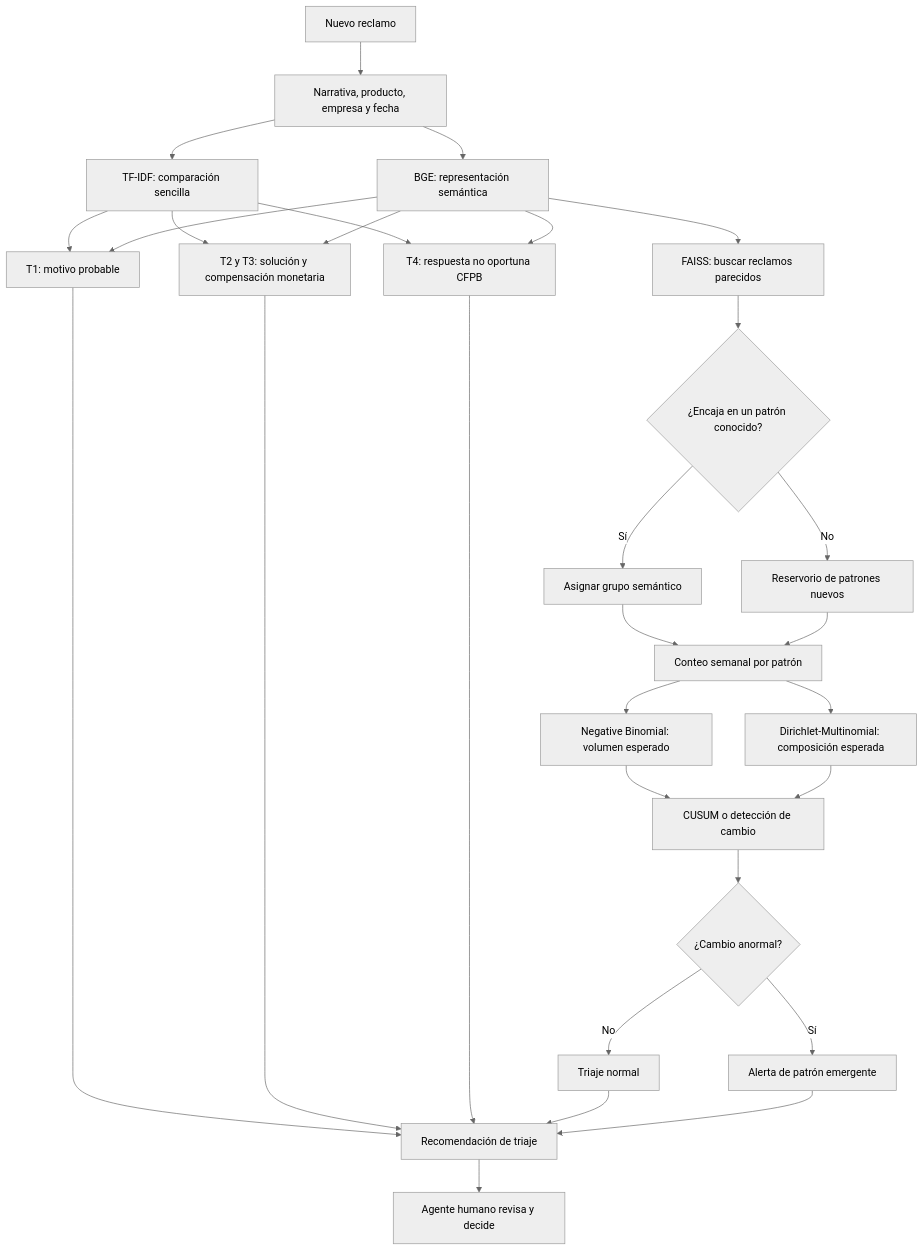
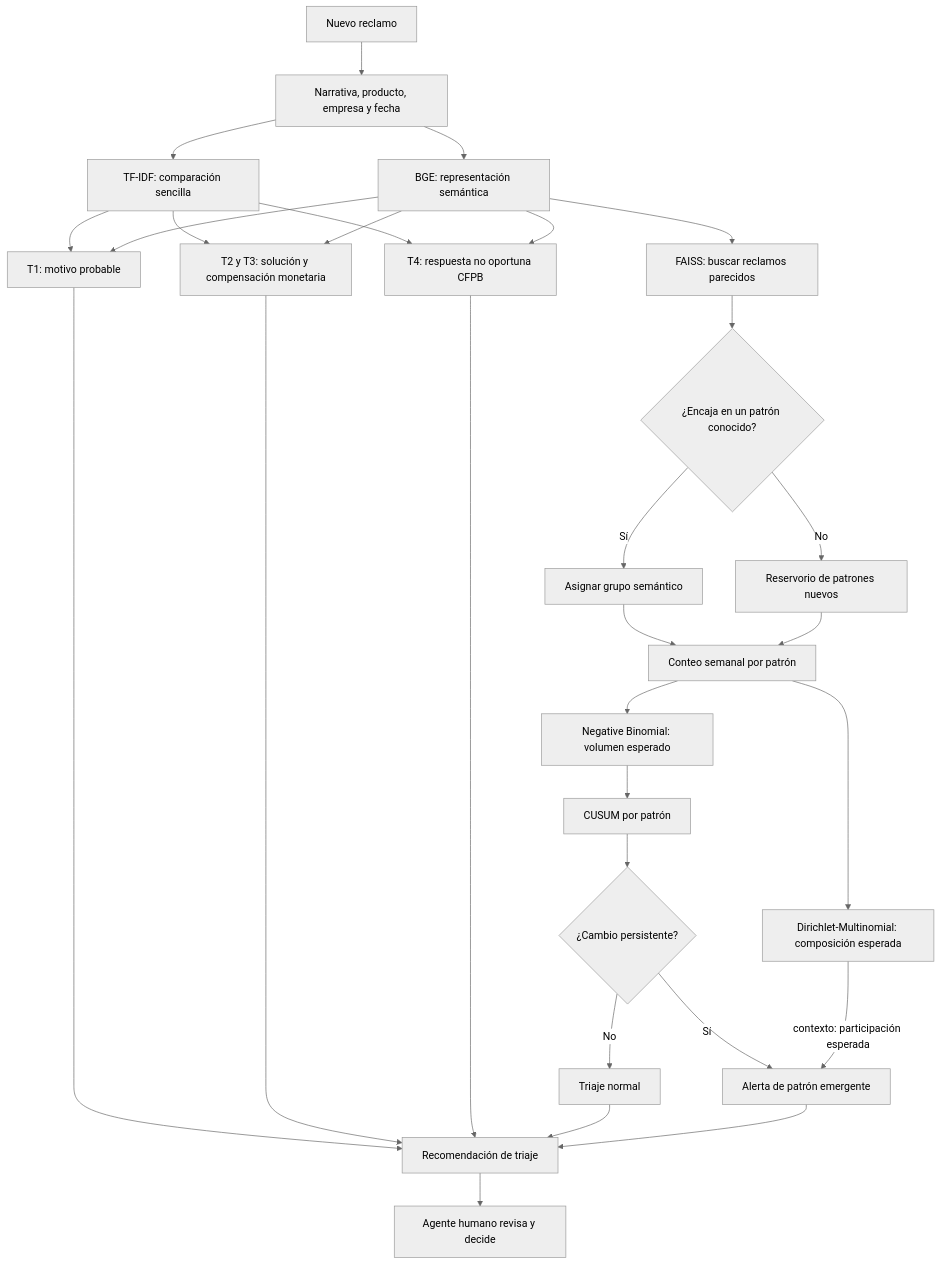
One commit to Codenid/capstone-claims-triage changed the diagram in docs/modelos.md. Above: the diagram before and after it, drawn with Mermaid (neutral theme). The commit also changed other lines of this file and 2 other files, not shown here.

Commit message:
Use M10 as alert context in M12 instead of a CUSUM input
For each pattern DM-R4 expects the same count as M9, so it adds the joint
composition view: M12 shows the observed share against DM-R4's expected share
and 95% interval. The diagrams no longer feed M10 into the CUSUM.

````diff
--- a/docs/modelos.md
+++ b/docs/modelos.md
@@ -57,39 +57,39 @@
 ```mermaid
 flowchart TD
     A[Nuevo reclamo] --> B[Narrativa, producto, empresa y fecha]
 
     B --> C0[TF-IDF: comparación sencilla]
     B --> C1[BGE: representación semántica]
 
     C0 --> D[T1: motivo probable]
     C1 --> D
     C0 --> E[T2 y T3: solución y compensación monetaria]
     C1 --> E
     C0 --> F[T4: respuesta no oportuna CFPB]
     C1 --> F
 
     C1 --> G[FAISS: buscar reclamos parecidos]
     G --> H{¿Encaja en un patrón conocido?}
     H -->|Sí| I[Asignar grupo semántico]
     H -->|No| J[Reservorio de patrones nuevos]
 
     I --> K[Conteo semanal por patrón]
     J --> K
 
     K --> L[Negative Binomial: volumen esperado]
     K --> M[Dirichlet-Multinomial: composición esperada]
-    L --> N[CUSUM o detección de cambio]
-    M --> N
+    L --> N[CUSUM por patrón]
 
-    N --> O{¿Cambio anormal?}
+    N --> O{¿Cambio persistente?}
     O -->|No| P[Triaje normal]
     O -->|Sí| Q[Alerta de patrón emergente]
+    M -->|contexto: participación esperada| Q
 
     D --> R[Recomendación de triaje]
     E --> R
     F --> R
     P --> R
     Q --> R
 
     R --> S[Agente humano revisa y decide]
 ```
````
